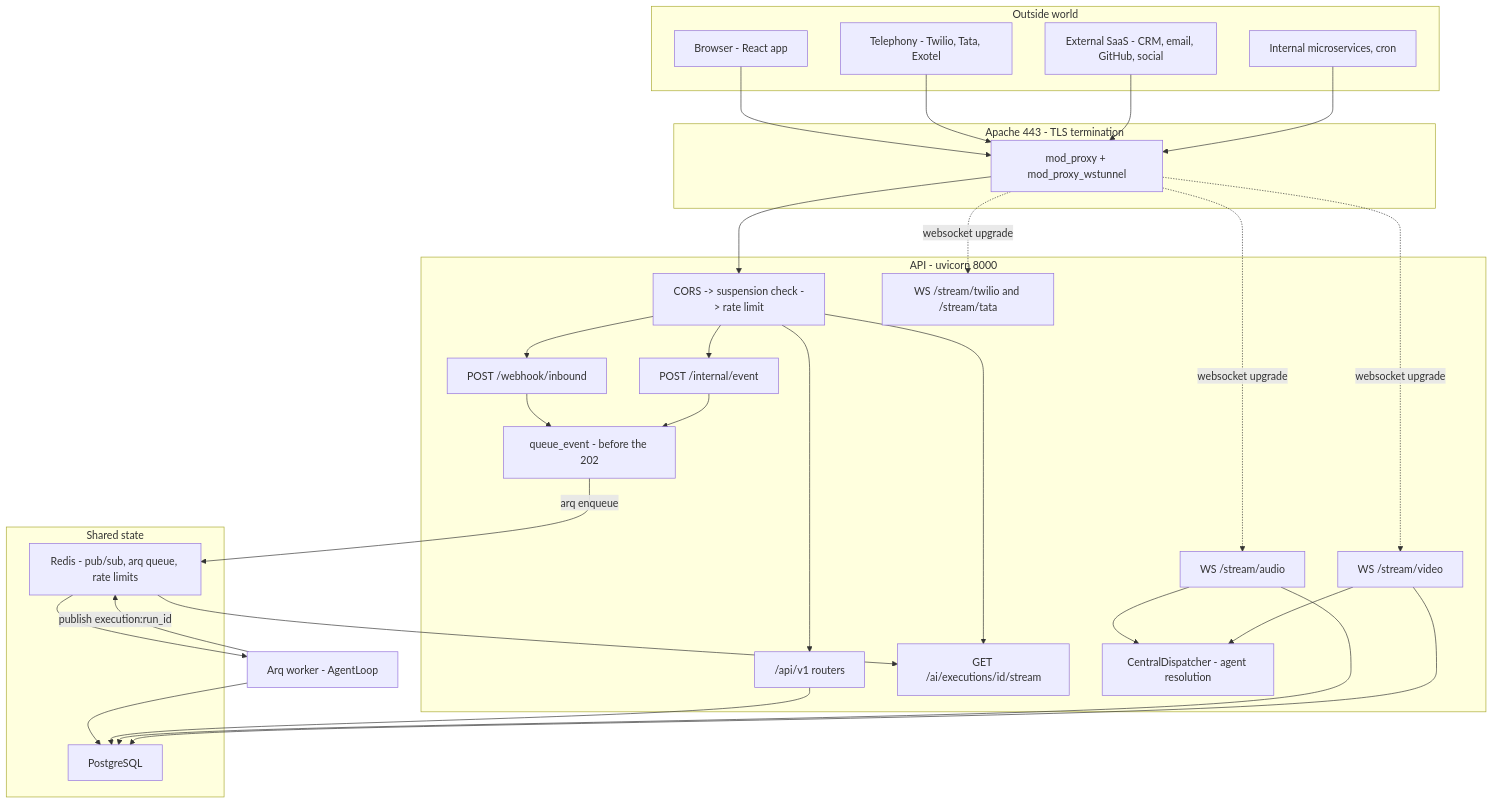
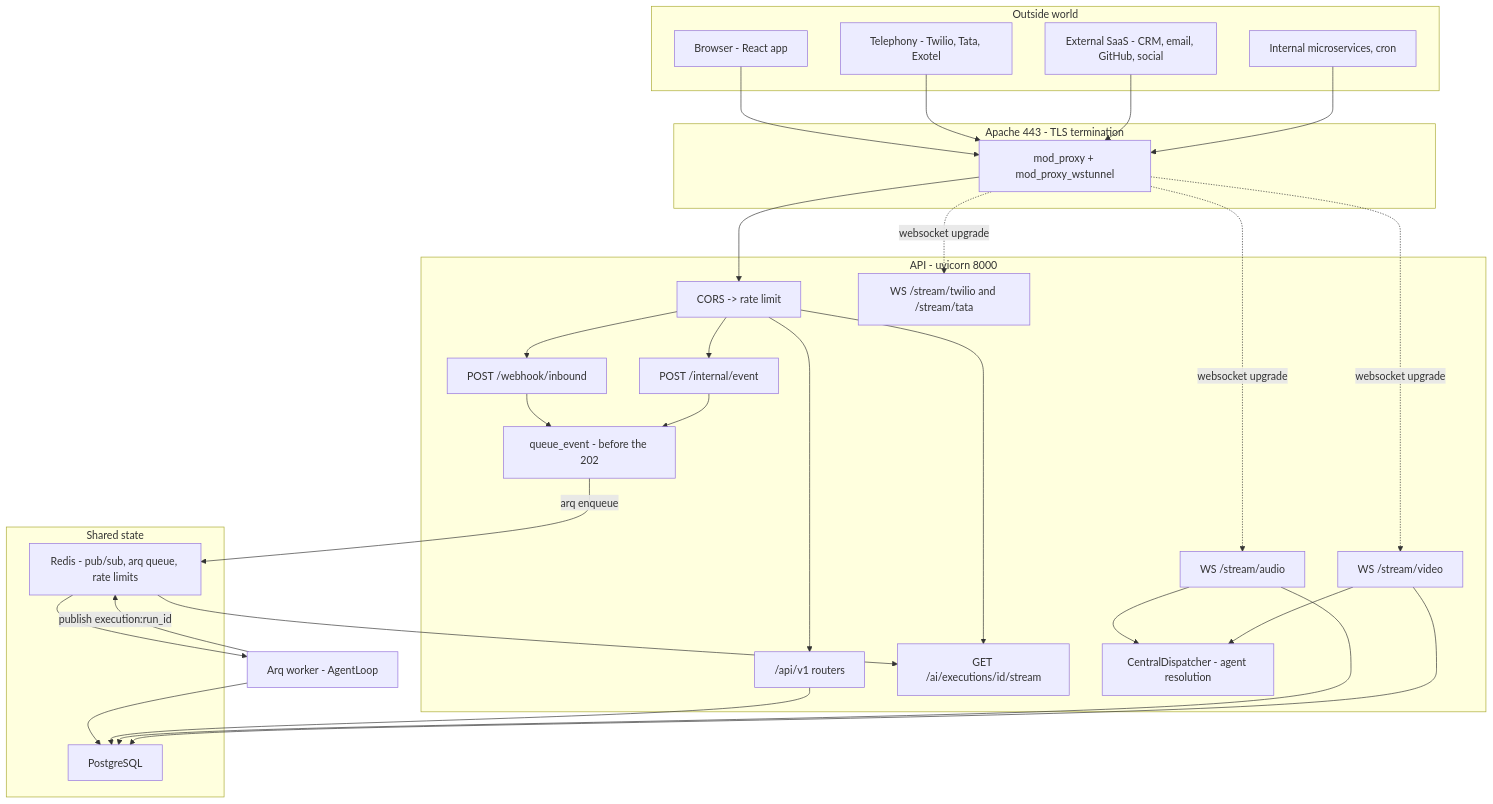
One commit to gondolerahul/hire-buddha-app changed the first of 20 diagrams in docs/current/13-gateway-and-realtime.md. Above: the diagram before and after it, drawn with Mermaid. The commit also changed other lines of this file and 9 other files, not shown here.

````diff
--- a/docs/current/13-gateway-and-realtime.md
+++ b/docs/current/13-gateway-and-realtime.md
@@ -62,59 +62,59 @@
 ```mermaid
 graph TB
     subgraph Outside["Outside world"]
         BR["Browser - React app"]
         TEL["Telephony - Twilio, Tata, Exotel"]
         EXT["External SaaS - CRM, email, GitHub, social"]
         SVC["Internal microservices, cron"]
     end
 
     subgraph Edge["Apache 443 - TLS termination"]
         AP["mod_proxy + mod_proxy_wstunnel"]
     end
 
     subgraph API["API - uvicorn 8000"]
-        MW["CORS -> suspension check -> rate limit"]
+        MW["CORS -> rate limit"]
         REST["/api/v1 routers"]
         SSE["GET /ai/executions/id/stream"]
         R2["POST /webhook/inbound"]
         R3["POST /internal/event"]
         R4["WS /stream/audio"]
         R5["WS /stream/video"]
         R6["WS /stream/twilio and /stream/tata"]
         QE["queue_event - before the 202"]
         DISP["CentralDispatcher - agent resolution"]
     end
 
     subgraph State["Shared state"]
         RD["Redis - pub/sub, arq queue, rate limits"]
         PG["PostgreSQL"]
     end
 
     WK["Arq worker - AgentLoop"]
 
     BR --> AP
     TEL --> AP
     EXT --> AP
     SVC --> AP
     AP --> MW
     MW --> REST
     MW --> SSE
     MW --> R2
     MW --> R3
     AP -.websocket upgrade.-> R4
     AP -.websocket upgrade.-> R5
     AP -.websocket upgrade.-> R6
 
     R2 --> QE
     R3 --> QE
     QE -->|arq enqueue| RD
     R4 --> DISP
     R5 --> DISP
     RD --> WK
     WK --> PG
     WK -->|publish execution:run_id| RD
     RD --> SSE
     REST --> PG
     R4 --> PG
     R5 --> PG
 ```
````
